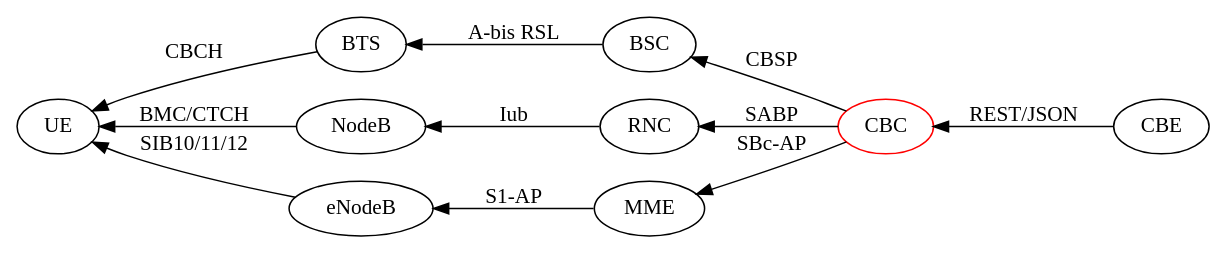
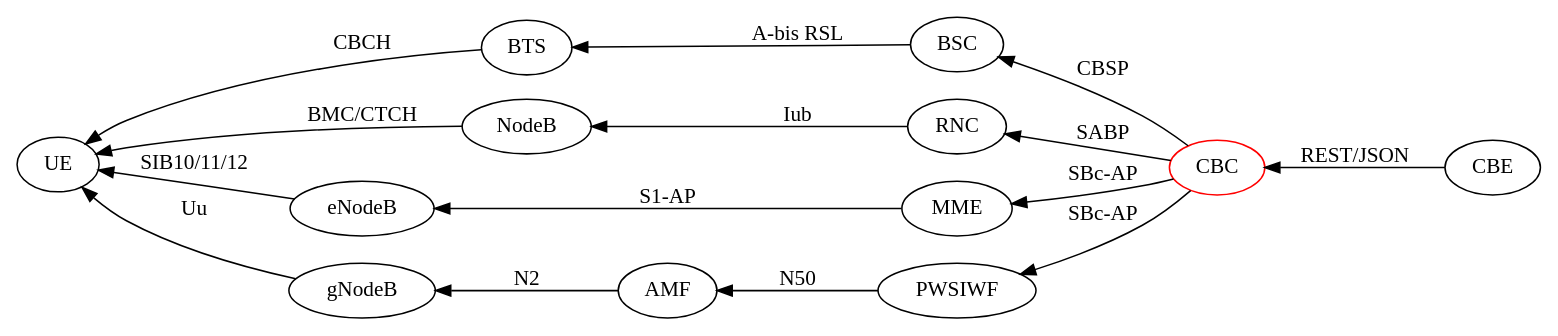
One commit to osmocom/osmo-cbc changed the diagram in doc/manuals/images/cbc-in-network.dot. Above: the diagram before and after it, drawn with Graphviz. The commit also changed 2 other files, not shown here.

Commit message:
doc: Document SBc-AP support and config

```diff
--- a/doc/manuals/images/cbc-in-network.dot
+++ b/doc/manuals/images/cbc-in-network.dot
@@ -1,17 +1,21 @@
 digraph G {
   rankdir = RL;
   CBC [color=red];
   CBE -> CBC [label="REST/JSON"];
   CBC -> BSC [label="CBSP"];
   CBC -> RNC [label="SABP"];
   CBC -> MME [label="SBc-AP"];
+  CBC -> PWSIWF [label="SBc-AP"];
+
+  PWSIWF -> AMF [label="N50"];
 
   BSC -> BTS [label="A-bis RSL"];
   RNC -> NodeB [label="Iub"];
   MME -> eNodeB [label="S1-AP"];
+  AMF -> gNodeB [label="N2"];
 
   BTS -> UE [label="CBCH"];
   NodeB -> UE [label="BMC/CTCH"];
   eNodeB -> UE [label="SIB10/11/12"];
-
+  gNodeB -> UE [label="Uu"];
 }
```
